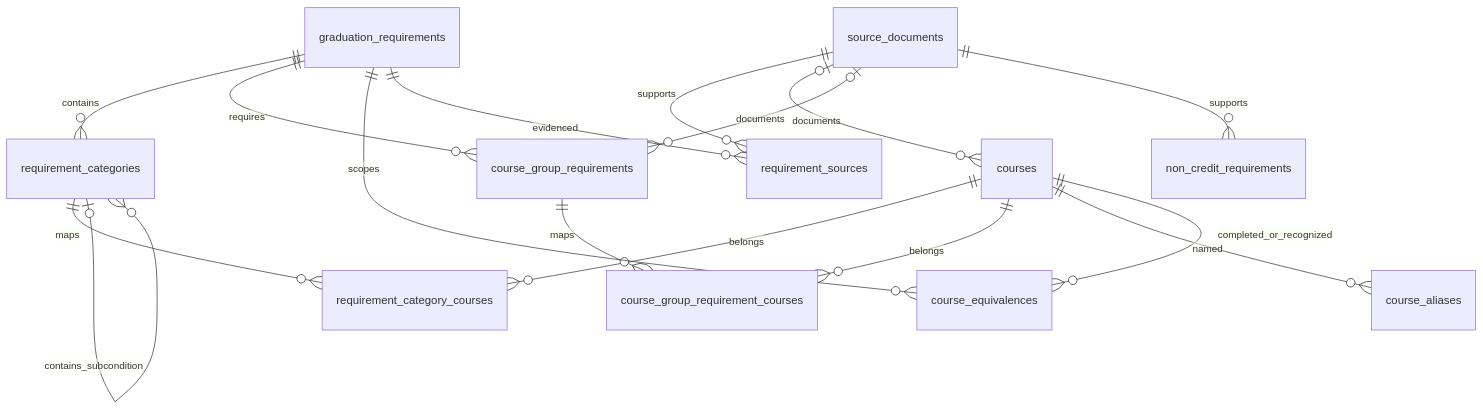
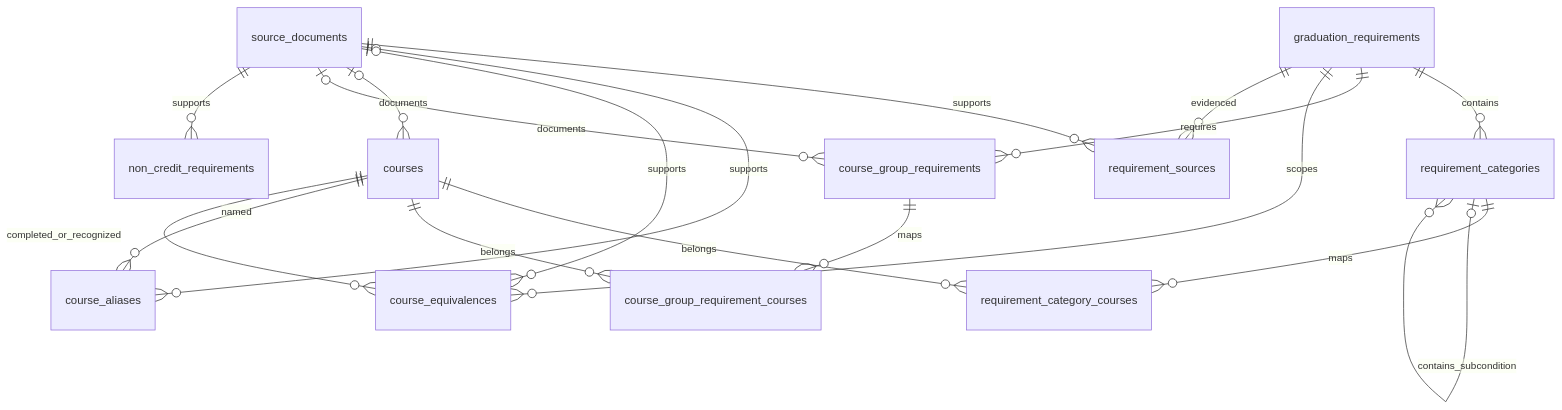
One commit to wonmnms/GradGak changed the diagram in docs/db-schema.md. Above: the diagram before and after it, drawn with Mermaid. The commit also changed other lines of this file and 14 other files, not shown here.

````diff
--- a/docs/db-schema.md
+++ b/docs/db-schema.md
@@ -5,18 +5,20 @@
 ```mermaid
 erDiagram
     graduation_requirements ||--o{ requirement_categories : contains
     requirement_categories ||--o{ requirement_category_courses : maps
     requirement_categories o|--o{ requirement_categories : contains_subcondition
     courses ||--o{ requirement_category_courses : belongs
     graduation_requirements ||--o{ course_group_requirements : requires
     course_group_requirements ||--o{ course_group_requirement_courses : maps
     courses ||--o{ course_group_requirement_courses : belongs
     courses ||--o{ course_aliases : named
     graduation_requirements ||--o{ course_equivalences : scopes
     courses ||--o{ course_equivalences : completed_or_recognized
     graduation_requirements ||--o{ requirement_sources : evidenced
     source_documents ||--o{ requirement_sources : supports
+    source_documents o|--o{ course_aliases : supports
+    source_documents o|--o{ course_equivalences : supports
     source_documents o|--o{ courses : documents
     source_documents o|--o{ course_group_requirements : documents
     source_documents ||--o{ non_credit_requirements : supports
 ```
````
